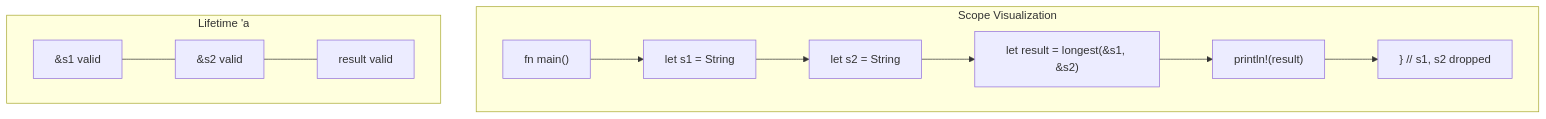
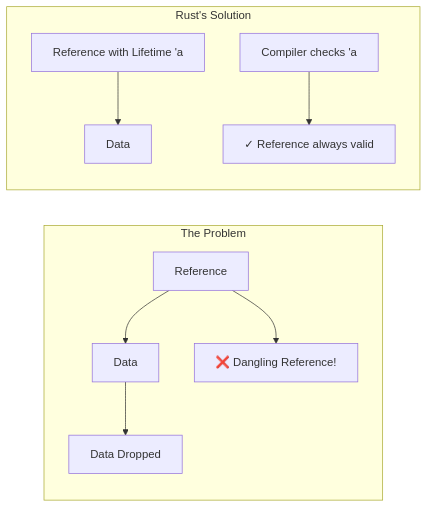
Before and after one commit to MichaelTien8901/rust-guide-tutorial: the first of 8 diagrams in part2/05-lifetimes.md, drawn with Mermaid. The commit also changed other lines of this file and 3 other files, not shown here.

````diff
--- a/part2/05-lifetimes.md
+++ b/part2/05-lifetimes.md
@@ -211,14 +14,14 @@
 ```mermaid
-graph TD
-    subgraph "Scope Visualization"
-        A["fn main()"] --> B["let s1 = String"]
-        B --> C["let s2 = String"]
-        C --> D["let result = longest(&s1, &s2)"]
-        D --> E["println!(result)"]
-        E --> F["} // s1, s2 dropped"]
+flowchart LR
+    subgraph Problem["The Problem"]
+        A[Reference] --> B[Data]
+        B --> C[Data Dropped]
+        A --> D["❌ Dangling Reference!"]
     end
 
-    subgraph "Lifetime 'a"
-        G["&s1 valid"] --- H["&s2 valid"] --- I["result valid"]
+    subgraph Solution["Rust's Solution"]
+        E[Reference with Lifetime 'a] --> F[Data]
+        G["Compiler checks 'a"]
+        G --> H["✓ Reference always valid"]
     end
 ```
````
